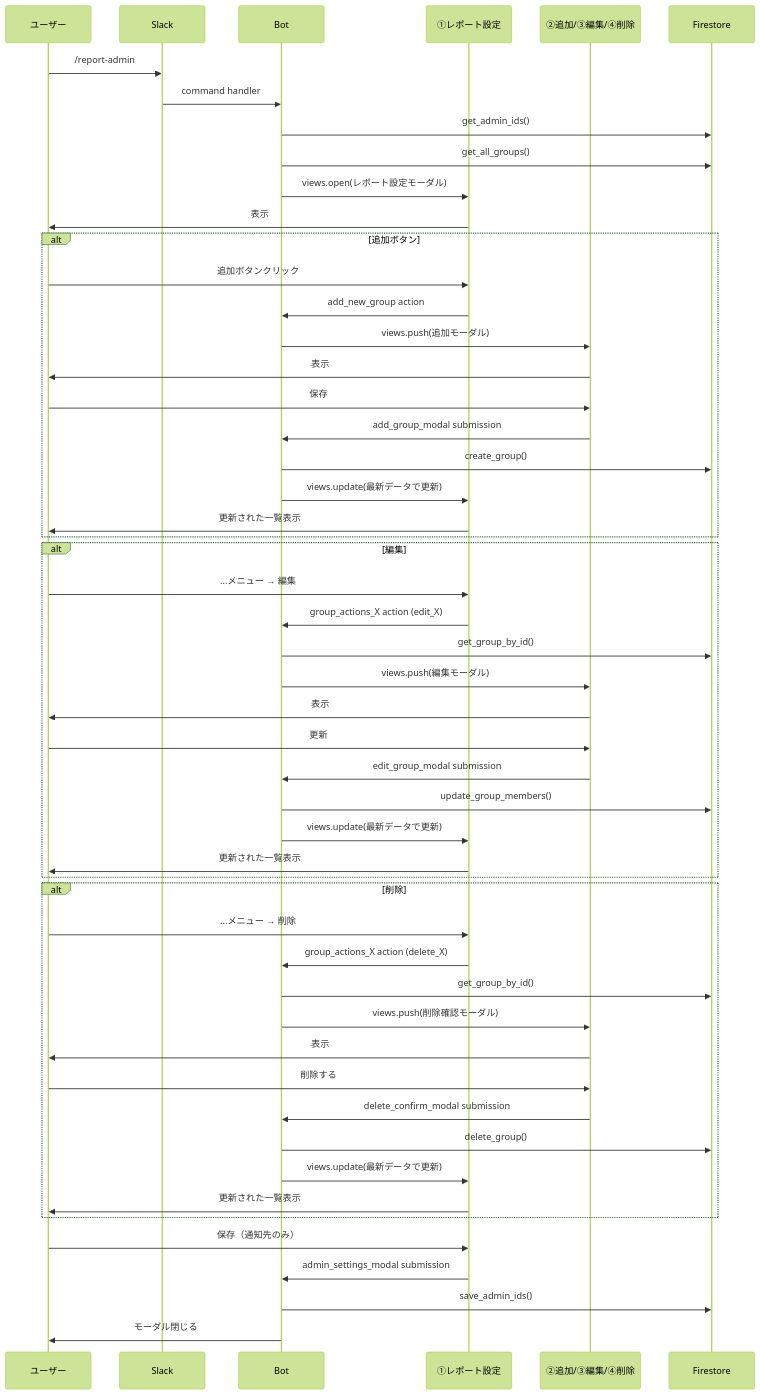
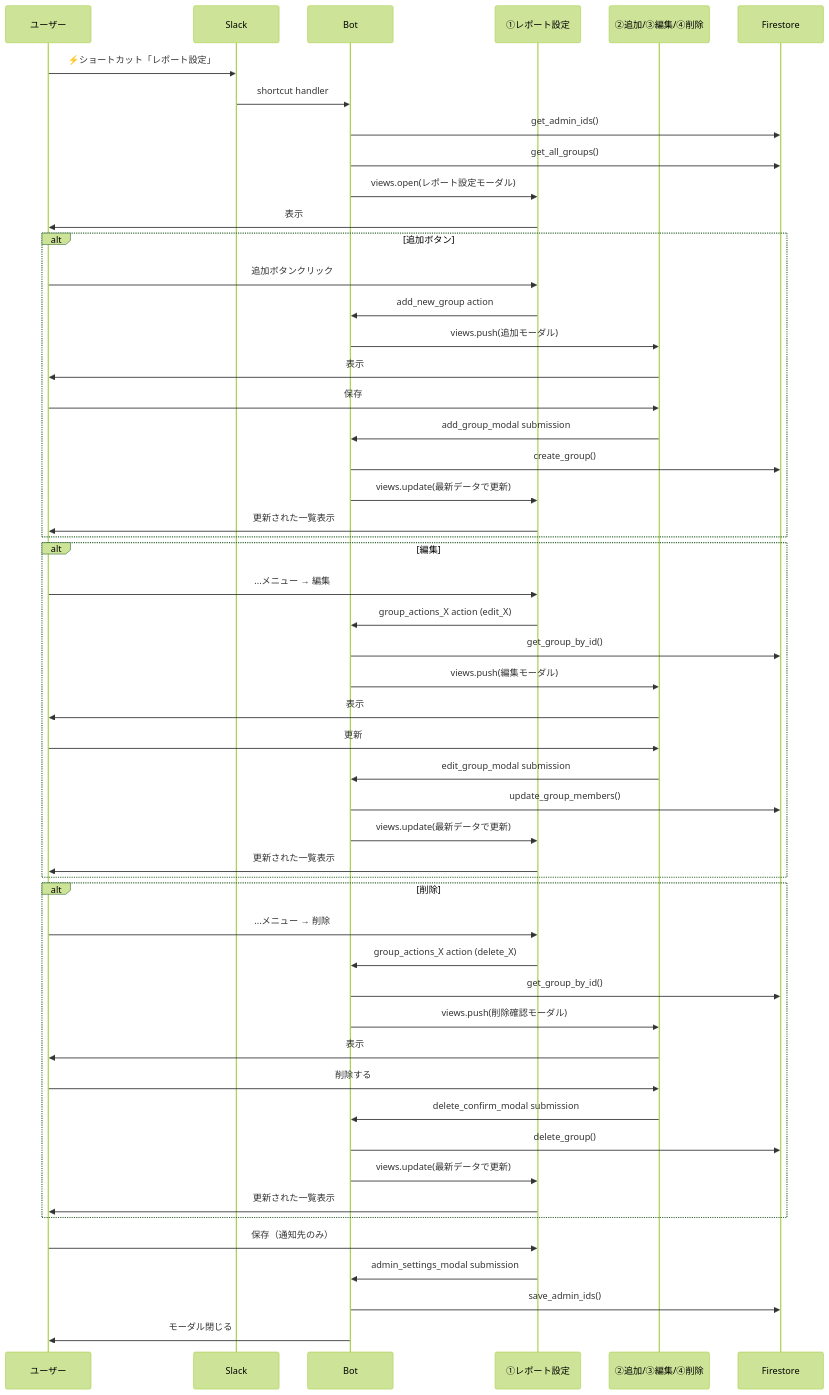
The second of 2 diagrams in docs/spec_v2.22.md (ashimizu-dsr/slack-bot), drawn with Mermaid (forest theme) before and after one commit. The commit also changed other lines of this file and 3 other files, not shown here.

````diff
--- a/docs/spec_v2.22.md
+++ b/docs/spec_v2.22.md
@@ -146,59 +146,59 @@
 ```mermaid
 sequenceDiagram
     participant User as ユーザー
     participant Slack as Slack
     participant Bot as Bot
     participant Modal1 as ①レポート設定
     participant Modal2 as ②追加/③編集/④削除
     participant DB as Firestore
 
-    User->>Slack: /report-admin
-    Slack->>Bot: command handler
+    User->>Slack: ⚡ショートカット「レポート設定」
+    Slack->>Bot: shortcut handler
     Bot->>DB: get_admin_ids()
     Bot->>DB: get_all_groups()
     Bot->>Modal1: views.open(レポート設定モーダル)
     Modal1->>User: 表示
 
     alt 追加ボタン
         User->>Modal1: 追加ボタンクリック
         Modal1->>Bot: add_new_group action
         Bot->>Modal2: views.push(追加モーダル)
         Modal2->>User: 表示
         User->>Modal2: 保存
         Modal2->>Bot: add_group_modal submission
         Bot->>DB: create_group()
         Bot->>Modal1: views.update(最新データで更新)
         Modal1->>User: 更新された一覧表示
     end
 
     alt 編集
         User->>Modal1: ...メニュー → 編集
         Modal1->>Bot: group_actions_X action (edit_X)
         Bot->>DB: get_group_by_id()
         Bot->>Modal2: views.push(編集モーダル)
         Modal2->>User: 表示
         User->>Modal2: 更新
         Modal2->>Bot: edit_group_modal submission
         Bot->>DB: update_group_members()
         Bot->>Modal1: views.update(最新データで更新)
         Modal1->>User: 更新された一覧表示
     end
 
     alt 削除
         User->>Modal1: ...メニュー → 削除
         Modal1->>Bot: group_actions_X action (delete_X)
         Bot->>DB: get_group_by_id()
         Bot->>Modal2: views.push(削除確認モーダル)
         Modal2->>User: 表示
         User->>Modal2: 削除する
         Modal2->>Bot: delete_confirm_modal submission
         Bot->>DB: delete_group()
         Bot->>Modal1: views.update(最新データで更新)
         Modal1->>User: 更新された一覧表示
     end
 
     User->>Modal1: 保存（通知先のみ）
     Modal1->>Bot: admin_settings_modal submission
     Bot->>DB: save_admin_ids()
     Bot->>User: モーダル閉じる
 ```
````
